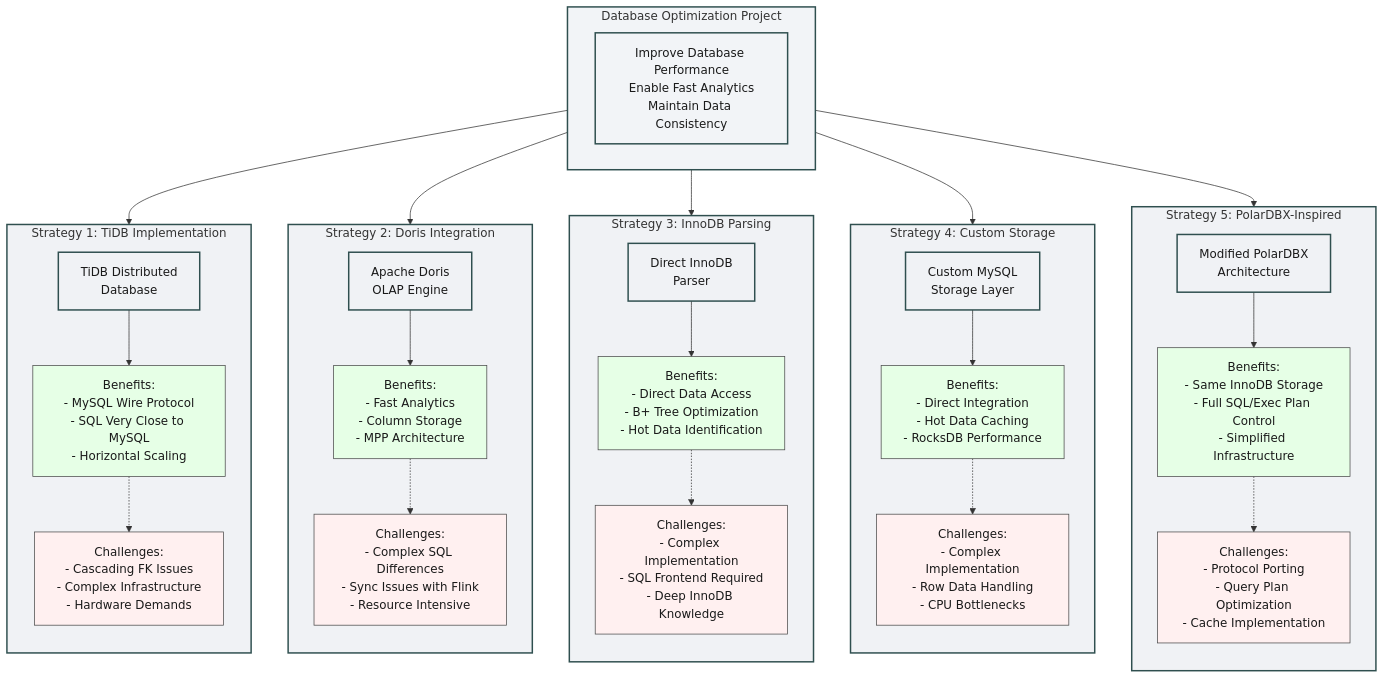
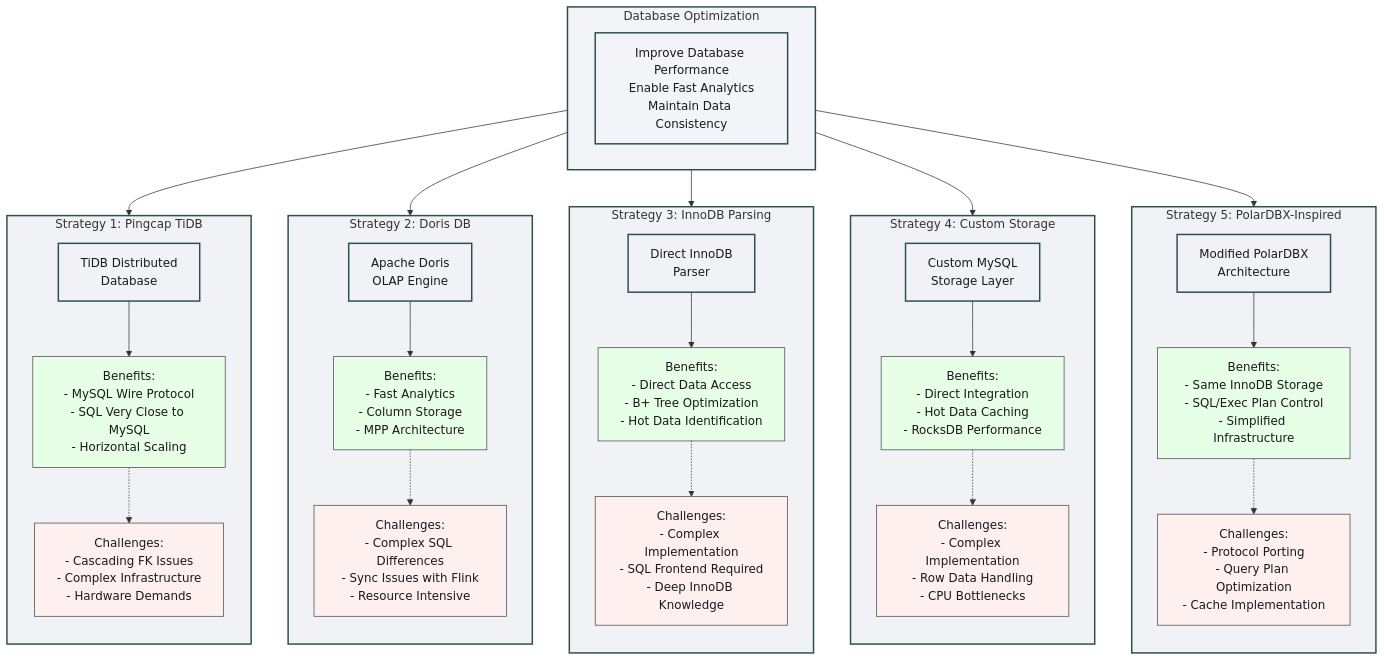
The diagram in db/mysql/opt/README.md (wilhasse/courses), drawn with Mermaid before and after one commit. The commit also changed 3 other files, not shown here.

````diff
--- a/db/mysql/opt/README.md
+++ b/db/mysql/opt/README.md
@@ -3,79 +3,79 @@
 ```mermaid
 flowchart TD
     %% Style definitions
     classDef goal fill:#f2f4f7,stroke:#2f4f4f,stroke-width:2px,color:#1a1a1a
     classDef strategy fill:#f0f2f5,stroke:#2f4f4f,stroke-width:2px,color:#1a1a1a
     classDef benefit fill:#e6ffe6,stroke:#4a4a4a,stroke-width:1px,color:#1a1a1a
     classDef challenge fill:#fff0f0,stroke:#4a4a4a,stroke-width:1px,color:#1a1a1a
 
     %% Main Goal
-    subgraph G["Database Optimization Project"]
+    subgraph G["Database Optimization"]
         style G fill:#f2f4f7,stroke:#2f4f4f,stroke-width:2px
         goal["Improve Database Performance<br/>Enable Fast Analytics<br/>Maintain Data Consistency"]
     end
 
     %% TiDB Strategy
-    subgraph S1["Strategy 1: TiDB Implementation"]
+    subgraph S1["Strategy 1: Pingcap TiDB"]
         style S1 fill:#f0f2f5,stroke:#2f4f4f,stroke-width:2px
         direction TB
         tidb["TiDB Distributed<br/>Database"]
         tidb_ben["Benefits:<br/>- MySQL Wire Protocol<br/>- SQL Very Close to MySQL<br/>- Horizontal Scaling"]
         tidb_chal["Challenges:<br/>- Cascading FK Issues<br/>- Complex Infrastructure<br/>- Hardware Demands"]
     end
 
     %% Doris Strategy
-    subgraph S2["Strategy 2: Doris Integration"]
+    subgraph S2["Strategy 2: Doris DB"]
         style S2 fill:#f0f2f5,stroke:#2f4f4f,stroke-width:2px
         direction TB
         doris["Apache Doris<br/>OLAP Engine"]
         doris_ben["Benefits:<br/>- Fast Analytics<br/>- Column Storage<br/>- MPP Architecture"]
         doris_chal["Challenges:<br/>- Complex SQL Differences<br/>- Sync Issues with Flink<br/>- Resource Intensive"]
     end
 
     %% InnoDB Parsing
     subgraph S3["Strategy 3: InnoDB Parsing"]
         style S3 fill:#f0f2f5,stroke:#2f4f4f,stroke-width:2px
         direction TB
         innodb["Direct InnoDB<br/>Parser"]
         innodb_ben["Benefits:<br/>- Direct Data Access<br/>- B+ Tree Optimization<br/>- Hot Data Identification"]
         innodb_chal["Challenges:<br/>- Complex Implementation<br/>- SQL Frontend Required<br/>- Deep InnoDB Knowledge"]
     end
 
     %% Custom Storage Layer
     subgraph S4["Strategy 4: Custom Storage"]
         style S4 fill:#f0f2f5,stroke:#2f4f4f,stroke-width:2px
         direction TB
         storage["Custom MySQL<br/>Storage Layer"]
         storage_ben["Benefits:<br/>- Direct Integration<br/>- Hot Data Caching<br/>- RocksDB Performance"]
         storage_chal["Challenges:<br/>- Complex Implementation<br/>- Row Data Handling<br/>- CPU Bottlenecks"]
     end
 
     %% Final PolarDBX Solution
     subgraph S5["Strategy 5: PolarDBX-Inspired"]
         style S5 fill:#f0f2f5,stroke:#2f4f4f,stroke-width:2px
         direction TB
         polar["Modified PolarDBX<br/>Architecture"]
-        polar_ben["Benefits:<br/>- Same InnoDB Storage<br/>- Full SQL/Exec Plan Control<br/>- Simplified Infrastructure"]
+        polar_ben["Benefits:<br/>- Same InnoDB Storage<br/>- SQL/Exec Plan Control<br/>- Simplified Infrastructure"]
         polar_chal["Challenges:<br/>- Protocol Porting<br/>- Query Plan Optimization<br/>- Cache Implementation"]
     end
 
     %% Connections
     G --> S1
     G --> S2
     G --> S3
     G --> S4
     G --> S5
 
     %% Strategy connections
     tidb --> tidb_ben -.-> tidb_chal
     doris --> doris_ben -.-> doris_chal
     innodb --> innodb_ben -.-> innodb_chal
     storage --> storage_ben -.-> storage_chal
     polar --> polar_ben -.-> polar_chal
 
     %% Style applications
     class goal goal
     class tidb,doris,innodb,storage,polar strategy
     class tidb_ben,doris_ben,innodb_ben,storage_ben,polar_ben benefit
     class tidb_chal,doris_chal,innodb_chal,storage_chal,polar_chal challenge
 ```
````
